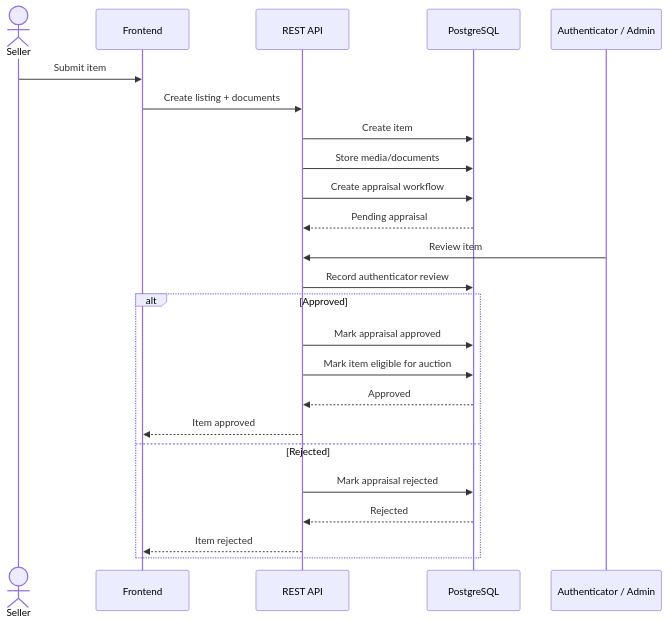
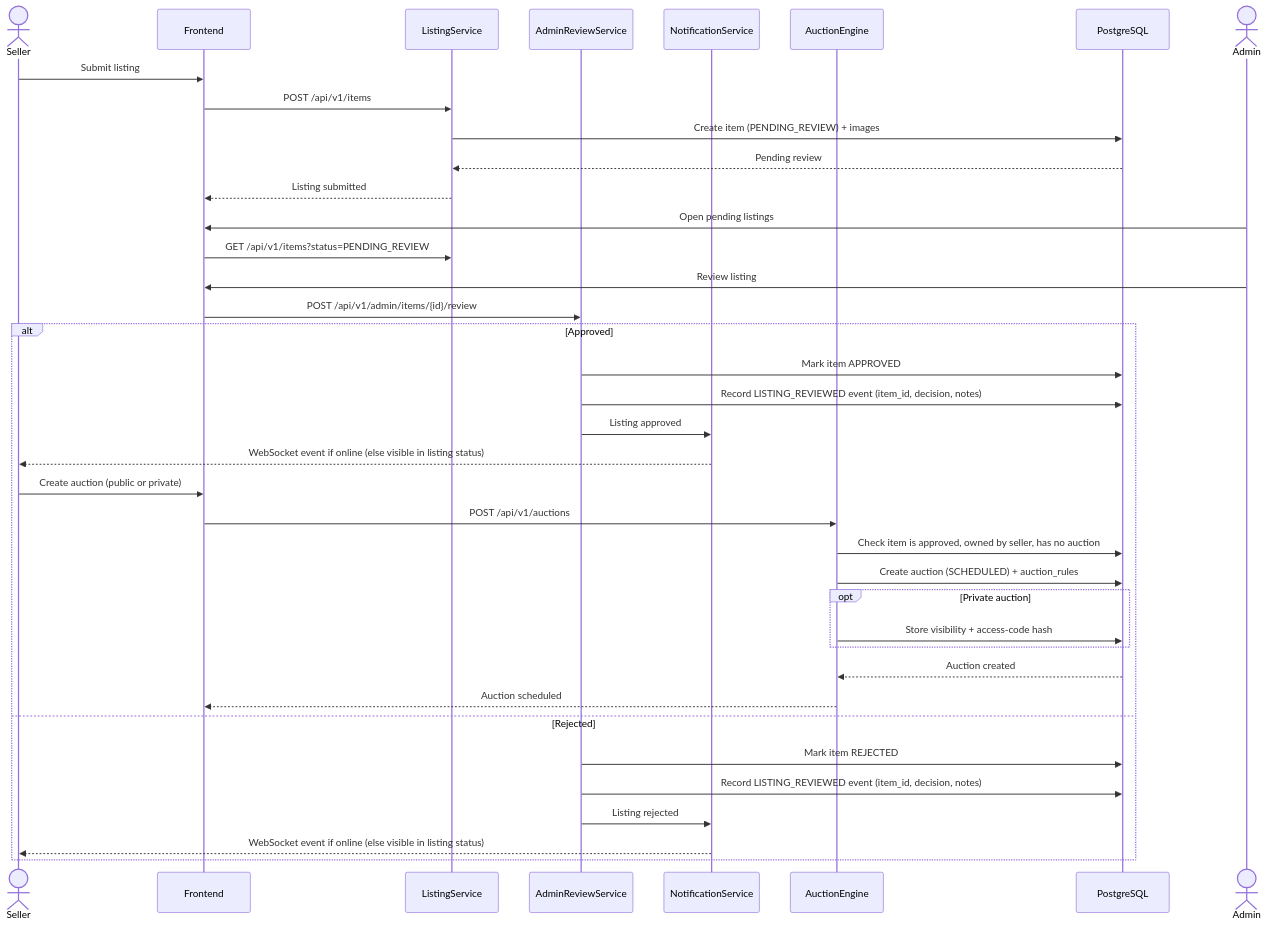
The eighth of 12 diagrams in Stage_3/Report.MD (ghadi0alzhrani0/Mezyad), drawn with Mermaid before and after one commit. The commit also changed other lines of this file, not shown here.

````diff
--- a/Stage_3/Report.MD
+++ b/Stage_3/Report.MD
@@ -576,26 +594,40 @@
 ```mermaid
 sequenceDiagram
     actor Seller
     participant UI as Frontend
-    participant API as REST API
+    participant Listing as ListingService
+    participant Review as AdminReviewService
+    participant Notify as NotificationService
+    participant Engine as AuctionEngine
     participant DB as PostgreSQL
-    participant Reviewer as Authenticator / Admin
-    Seller->>UI: Submit item
-    UI->>API: Create listing + documents
-    API->>DB: Create item
-    API->>DB: Store media/documents
-    API->>DB: Create appraisal workflow
-    DB-->>API: Pending appraisal
-    Reviewer->>API: Review item
-    API->>DB: Record authenticator review
+    actor Admin
+    Seller->>UI: Submit listing
+    UI->>Listing: POST /api/v1/items
+    Listing->>DB: Create item (PENDING_REVIEW) + images
+    DB-->>Listing: Pending review
+    Listing-->>UI: Listing submitted
+    Admin->>UI: Open pending listings
+    UI->>Listing: GET /api/v1/items?status=PENDING_REVIEW
+    Admin->>UI: Review listing
+    UI->>Review: POST /api/v1/admin/items/{id}/review
     alt Approved
-        API->>DB: Mark appraisal approved
-        API->>DB: Mark item eligible for auction
-        DB-->>API: Approved
-        API-->>UI: Item approved
+        Review->>DB: Mark item APPROVED
+        Review->>DB: Record LISTING_REVIEWED event (item_id, decision, notes)
+        Review->>Notify: Listing approved
+        Notify-->>Seller: WebSocket event if online (else visible in listing status)
+        Seller->>UI: Create auction (public or private)
+        UI->>Engine: POST /api/v1/auctions
+        Engine->>DB: Check item is approved, owned by seller, has no auction
+        Engine->>DB: Create auction (SCHEDULED) + auction_rules
+        opt Private auction
+            Engine->>DB: Store visibility + access-code hash
+        end
+        DB-->>Engine: Auction created
+        Engine-->>UI: Auction scheduled
     else Rejected
-        API->>DB: Mark appraisal rejected
-        DB-->>API: Rejected
-        API-->>UI: Item rejected
+        Review->>DB: Mark item REJECTED
+        Review->>DB: Record LISTING_REVIEWED event (item_id, decision, notes)
+        Review->>Notify: Listing rejected
+        Notify-->>Seller: WebSocket event if online (else visible in listing status)
     end
 ```
````
